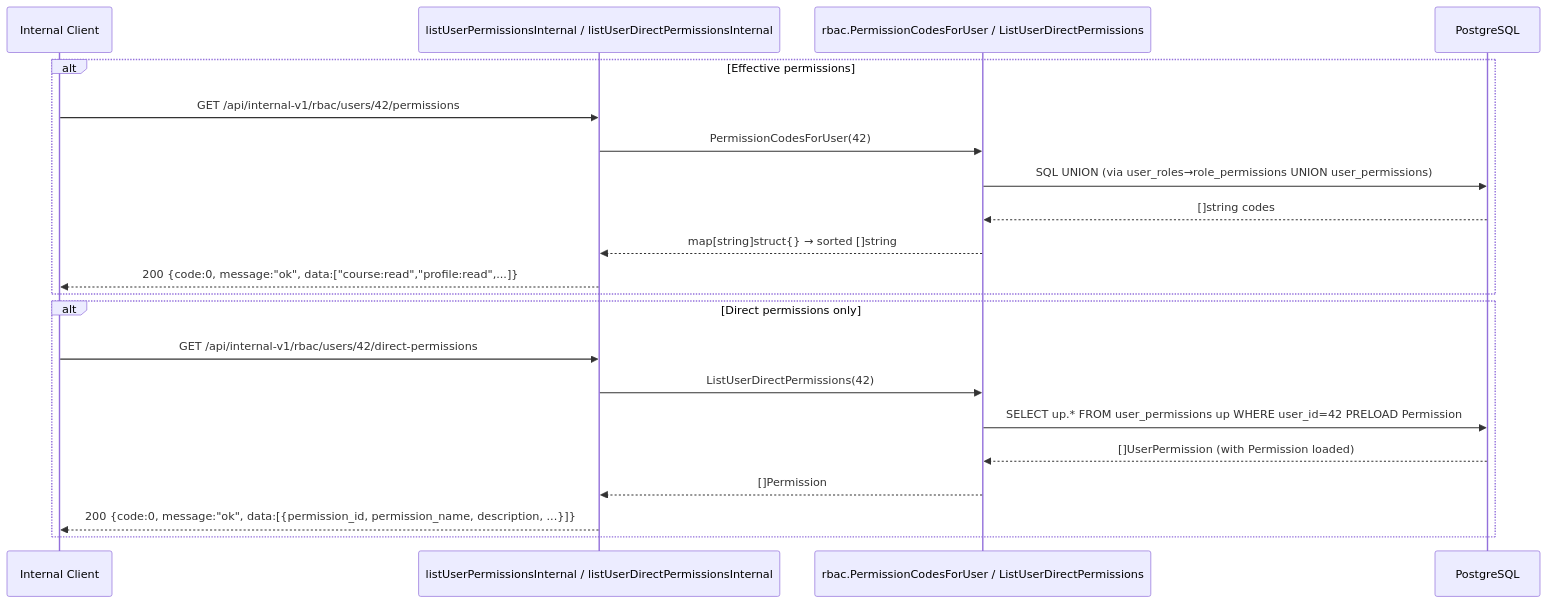
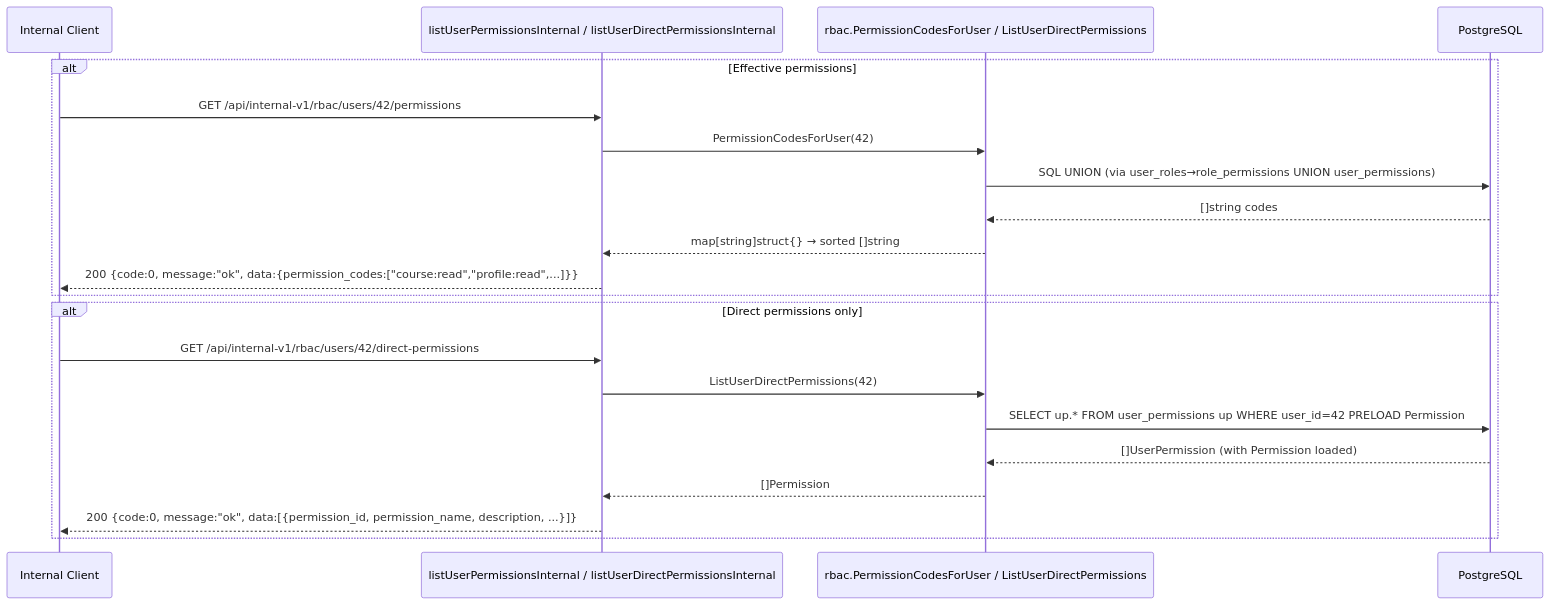
One commit to lkienkle11/be-mycourse changed diagram 20 of 23 in docs/sequence_diagrams.md. Above: the diagram before and after it, drawn with Mermaid. The commit also changed other lines of this file and 18 other files, not shown here.

````diff
--- a/docs/sequence_diagrams.md
+++ b/docs/sequence_diagrams.md
@@ -824,25 +824,25 @@
 ```mermaid
 sequenceDiagram
     participant C as Internal Client
     participant H as listUserPermissionsInternal / listUserDirectPermissionsInternal
     participant SVC as rbac.PermissionCodesForUser / ListUserDirectPermissions
     participant DB as PostgreSQL
 
     alt Effective permissions
         C->>H: GET /api/internal-v1/rbac/users/42/permissions
         H->>SVC: PermissionCodesForUser(42)
         SVC->>DB: SQL UNION (via user_roles→role_permissions UNION user_permissions)
         DB-->>SVC: []string codes
         SVC-->>H: map[string]struct{} → sorted []string
-        H-->>C: 200 {code:0, message:"ok", data:["course:read","profile:read",...]}
+        H-->>C: 200 {code:0, message:"ok", data:{permission_codes:["course:read","profile:read",...]}}
     end
 
     alt Direct permissions only
         C->>H: GET /api/internal-v1/rbac/users/42/direct-permissions
         H->>SVC: ListUserDirectPermissions(42)
         SVC->>DB: SELECT up.* FROM user_permissions up WHERE user_id=42 PRELOAD Permission
         DB-->>SVC: []UserPermission (with Permission loaded)
         SVC-->>H: []Permission
         H-->>C: 200 {code:0, message:"ok", data:[{permission_id, permission_name, description, ...}]}
     end
 ```
````
